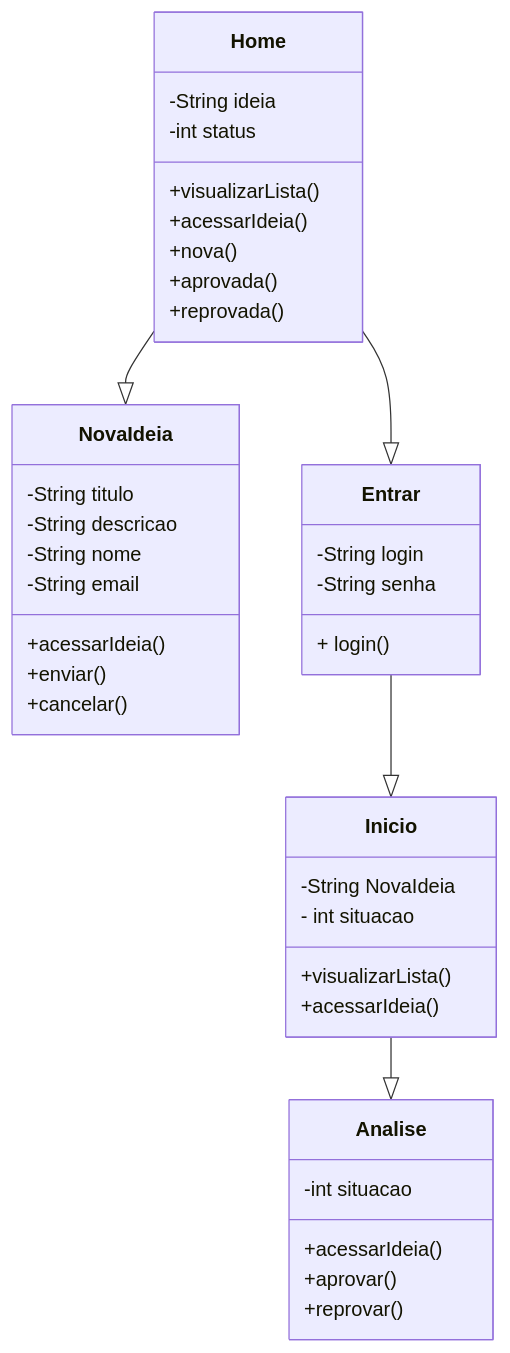
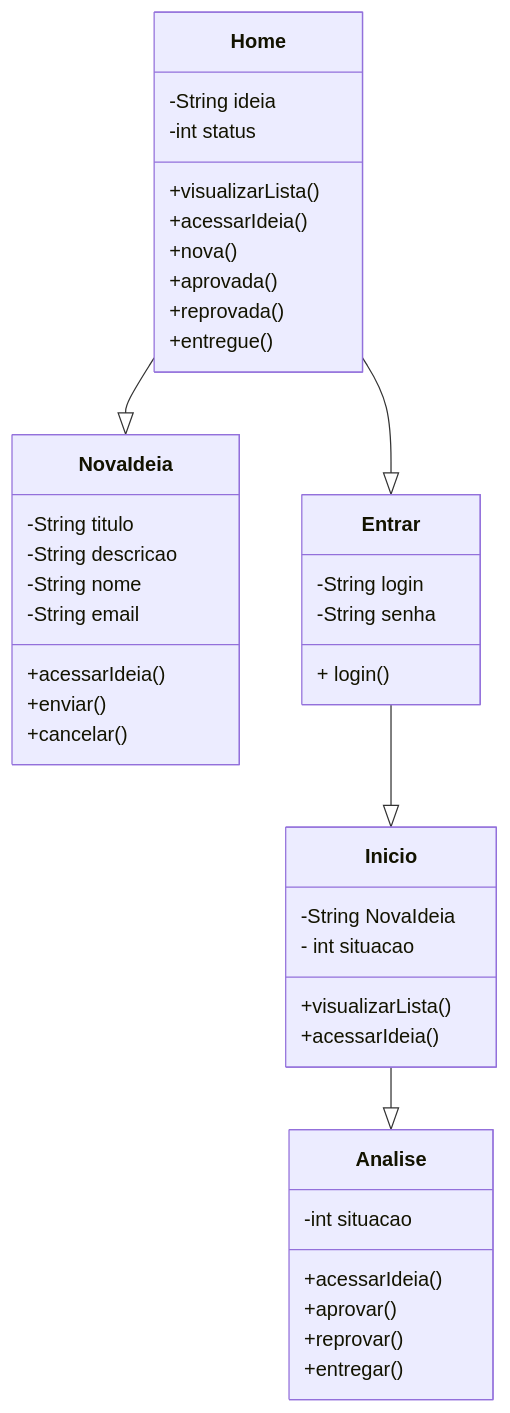
Before and after one commit to dani-marioti/Portfolio: the second of 2 diagrams in README.md, drawn with Mermaid. The commit also changed other lines of this file, not shown here.

````diff
--- a/README.md
+++ b/README.md
@@ -102,49 +103,51 @@
  ```mermaid
  classDiagram
     Home --|> NovaIdeia
     Home --|> Entrar
     Entrar --|> Inicio
     Inicio --|>  Analise
     Home : -String ideia
     Home : -int status
     NovaIdeia : -String titulo
     NovaIdeia : -String descricao
     NovaIdeia : -String nome
     NovaIdeia : -String email
     Entrar : -String login
     Entrar : -String senha
     Analise: -int situacao
 
     class Entrar{
         + login()
     }
 
     class Home{
         +visualizarLista()
         +acessarIdeia()
         +nova()
         +aprovada()
         +reprovada()
+        +entregue()
     }
 
     class Inicio{
         -String NovaIdeia
         - int situacao
         +visualizarLista()
         +acessarIdeia()
 
     }
 
     class NovaIdeia{
         +acessarIdeia()
         +enviar()
         +cancelar()
     }
 
     class Analise{
         +acessarIdeia()
         +aprovar()
         +reprovar()
+        +entregar()
     }
     
 ```
````
